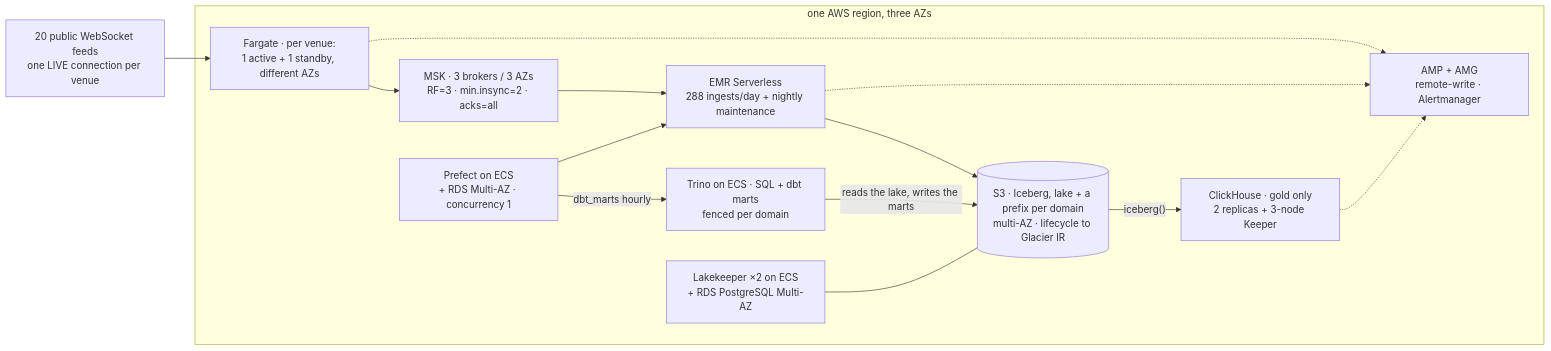
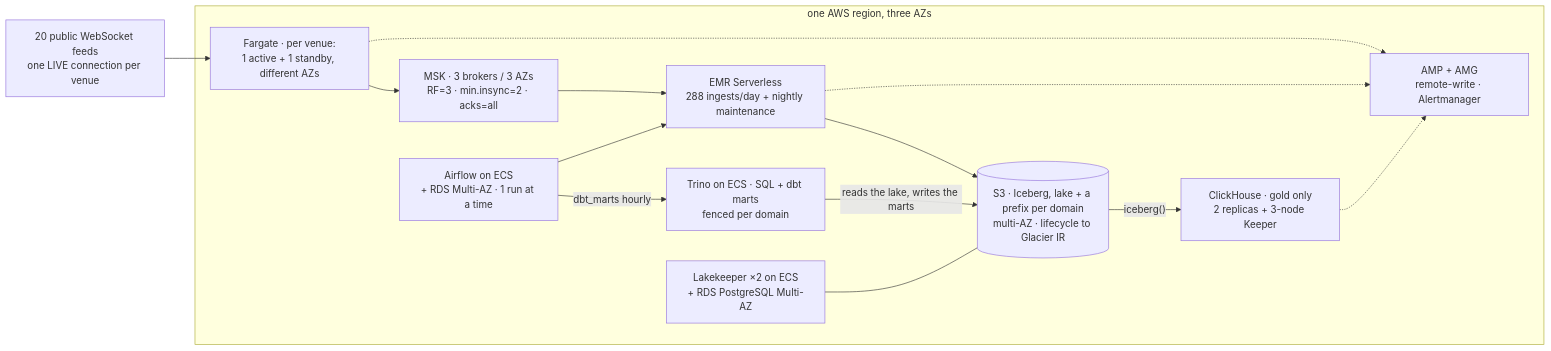
The diagram in docs/architecture/17-scale-out-path.md (rjdscott/k2-market-data-platform), drawn with Mermaid before and after one commit. The commit also changed other lines of this file and 30 other files, not shown here.

First line of the commit message:
docs: port the remaining Prefect references to Airflow

````diff
--- a/docs/architecture/17-scale-out-path.md
+++ b/docs/architecture/17-scale-out-path.md
@@ -278,24 +277,24 @@
 ```mermaid
 flowchart LR
   V["20 public WebSocket feeds<br/>one LIVE connection per venue"]
   subgraph R["one AWS region, three AZs"]
     CAP["Fargate · per venue:<br/>1 active + 1 standby, different AZs"]
     BUS["MSK · 3 brokers / 3 AZs<br/>RF=3 · min.insync=2 · acks=all"]
-    ORC["Prefect on ECS<br/>+ RDS Multi-AZ · concurrency 1"]
+    ORC["Airflow on ECS<br/>+ RDS Multi-AZ · 1 run at a time"]
     ING["EMR Serverless<br/>288 ingests/day + nightly maintenance"]
     CAT["Lakekeeper ×2 on ECS<br/>+ RDS PostgreSQL Multi-AZ"]
     S3[("S3 · Iceberg, lake + a prefix per domain<br/>multi-AZ · lifecycle to Glacier IR")]
     CH["ClickHouse · gold only<br/>2 replicas + 3-node Keeper"]
     TR["Trino on ECS · SQL + dbt marts<br/>fenced per domain"]
     OBS["AMP + AMG<br/>remote-write · Alertmanager"]
   end
   V --> CAP --> BUS --> ING --> S3
   ORC --> ING
   ORC -->|"dbt_marts hourly"| TR
   TR -->|"reads the lake, writes the marts"| S3
   CAT --- S3
   S3 -->|"iceberg()"| CH
   CAP -.-> OBS
   ING -.-> OBS
   CH -.-> OBS
 ```
````
